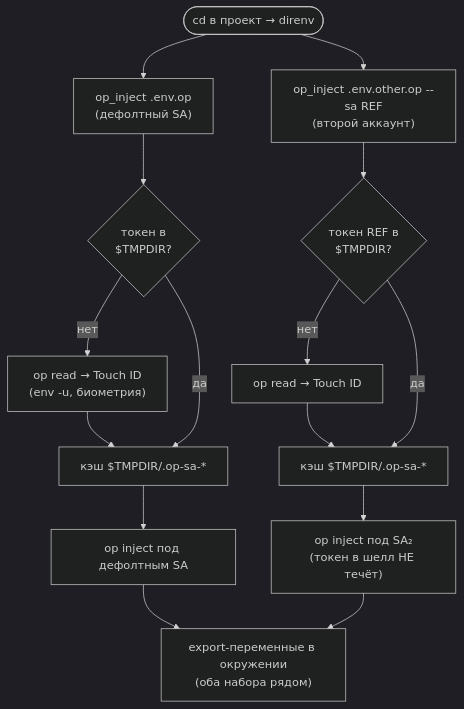
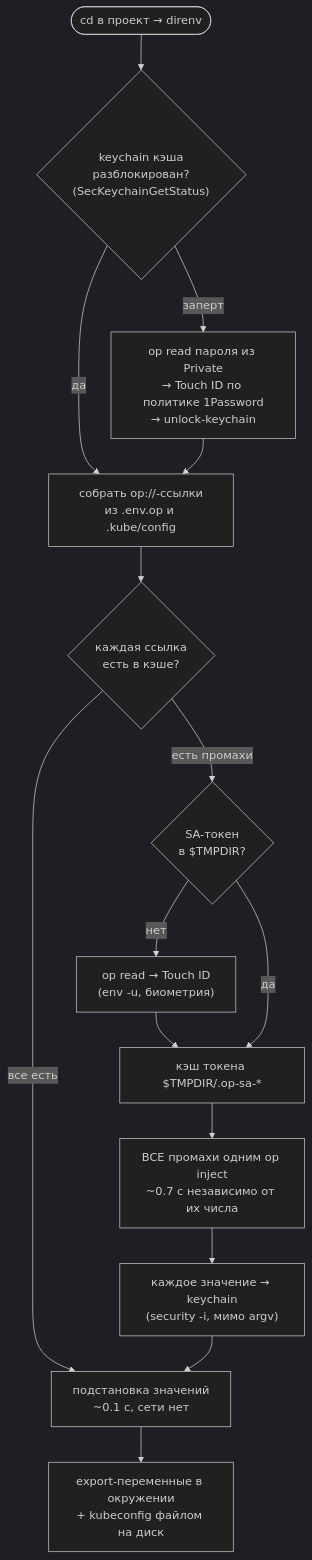
One commit to justswan/op-direnv changed the first of 3 diagrams in README.md. Above: the diagram before and after it, drawn with Mermaid (dark theme). The commit also changed other lines of this file and 1 other file, not shown here.

First line of the commit message:
op-direnv: update diagrams for the cache, add BACKLOG

````diff
--- a/README.md
+++ b/README.md
@@ -19,17 +19,17 @@
 ```mermaid
 flowchart TD
-    cd(["cd в проект → direnv"]) --> A["op_inject .env.op<br/>(дефолтный SA)"]
-    cd --> B["op_inject .env.other.op --sa REF<br/>(второй аккаунт)"]
-    A --> qA{"токен в<br/>$TMPDIR?"}
-    B --> qB{"токен REF в<br/>$TMPDIR?"}
-    qA -- "нет" --> tA["op read → Touch ID<br/>(env -u, биометрия)"]
-    qB -- "нет" --> tB["op read → Touch ID"]
-    tA --> cA["кэш $TMPDIR/.op-sa-*"]
-    tB --> cB["кэш $TMPDIR/.op-sa-*"]
-    qA -- "да" --> cA
-    qB -- "да" --> cB
-    cA --> iA["op inject под дефолтным SA"]
-    cB --> iB["op inject под SA₂<br/>(токен в шелл НЕ течёт)"]
-    iA --> env["export-переменные в окружении<br/>(оба набора рядом)"]
-    iB --> env
+    cd(["cd в проект → direnv"]) --> unlock{"keychain кэша<br/>разблокирован?<br/>(SecKeychainGetStatus)"}
+    unlock -- "заперт" --> pw["op read пароля из Private<br/>→ Touch ID по политике 1Password<br/>→ unlock-keychain"]
+    unlock -- "да" --> refs
+    pw --> refs["собрать op://-ссылки<br/>из .env.op и .kube/config"]
+    refs --> hit{"каждая ссылка<br/>есть в кэше?"}
+    hit -- "все есть" --> subst["подстановка значений<br/>~0.1 с, сети нет"]
+    hit -- "есть промахи" --> tok{"SA-токен<br/>в $TMPDIR?"}
+    tok -- "нет" --> tA["op read → Touch ID<br/>(env -u, биометрия)"]
+    tA --> cA["кэш токена $TMPDIR/.op-sa-*"]
+    tok -- "да" --> cA
+    cA --> inj["ВСЕ промахи одним op inject<br/>~0.7 с независимо от их числа"]
+    inj --> put["каждое значение → keychain<br/>(security -i, мимо argv)"]
+    put --> subst
+    subst --> env["export-переменные в окружении<br/>+ kubeconfig файлом на диск"]
 ```
````
